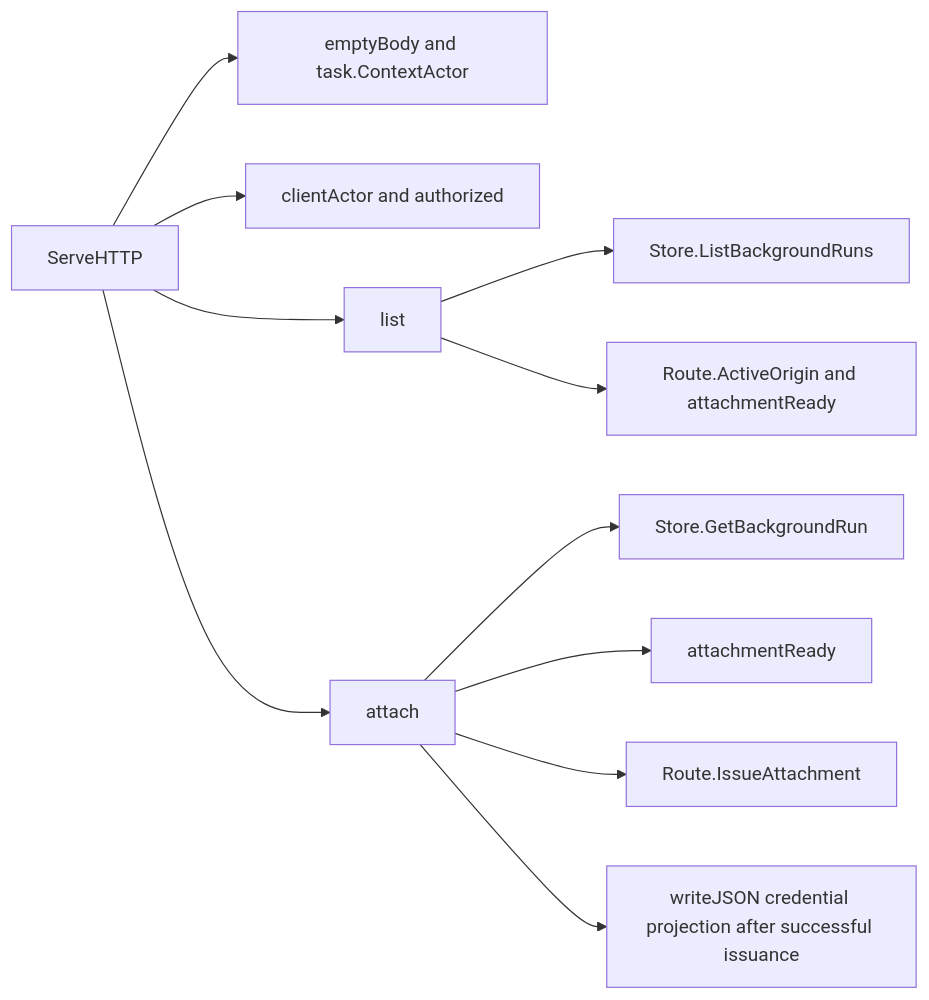
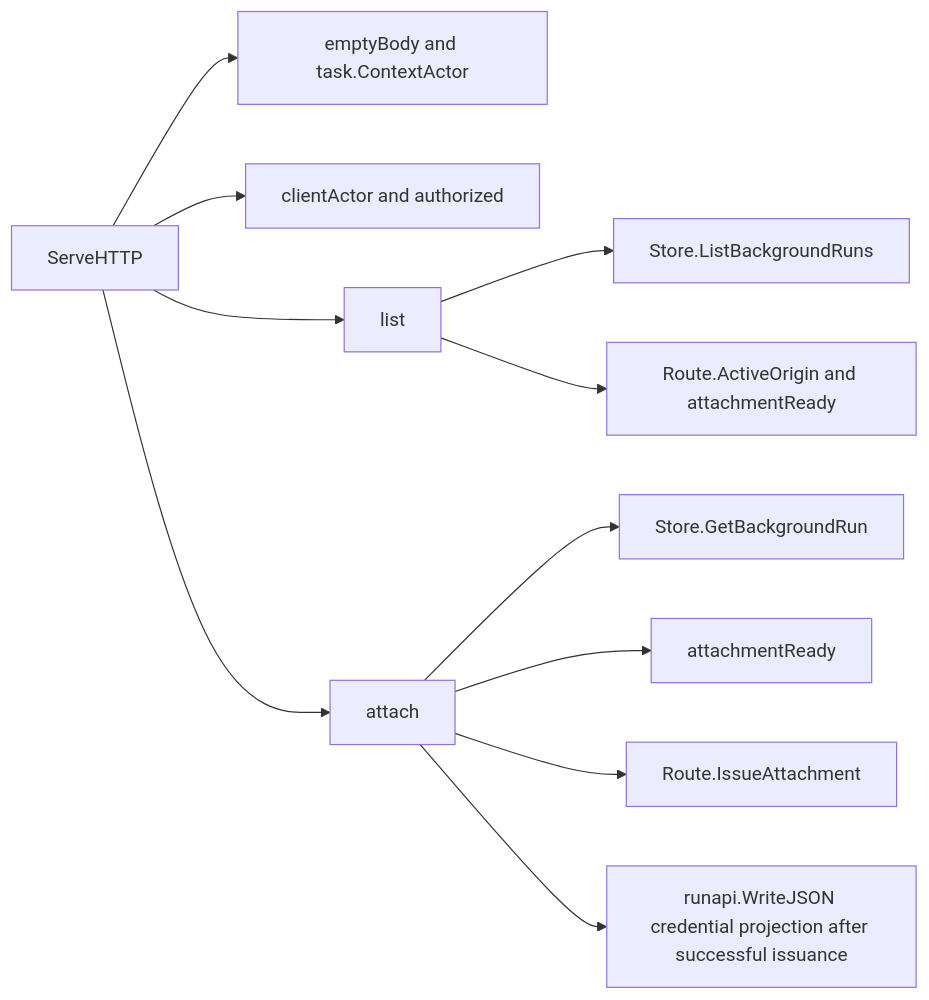
Before and after one commit to nebler/fern: the second of 2 diagrams in internal/runclientapi/README.md, drawn with Mermaid. The commit also changed other lines of this file and 3 other files, not shown here.

First line of the commit message:
refactor(runapi): share JSON response helpers with runclientapi

````diff
--- a/internal/runclientapi/README.md
+++ b/internal/runclientapi/README.md
@@ -90,13 +91,13 @@
 ```mermaid
 graph LR
   A["ServeHTTP"] --> B["emptyBody and task.ContextActor"]
   A --> C["clientActor and authorized"]
   A --> D["list"]
   D --> E["Store.ListBackgroundRuns"]
   D --> F["Route.ActiveOrigin and attachmentReady"]
   A --> G["attach"]
   G --> H["Store.GetBackgroundRun"]
   G --> I["attachmentReady"]
   G --> J["Route.IssueAttachment"]
-  G --> K["writeJSON credential projection after successful issuance"]
+  G --> K["runapi.WriteJSON credential projection after successful issuance"]
 ```
````
